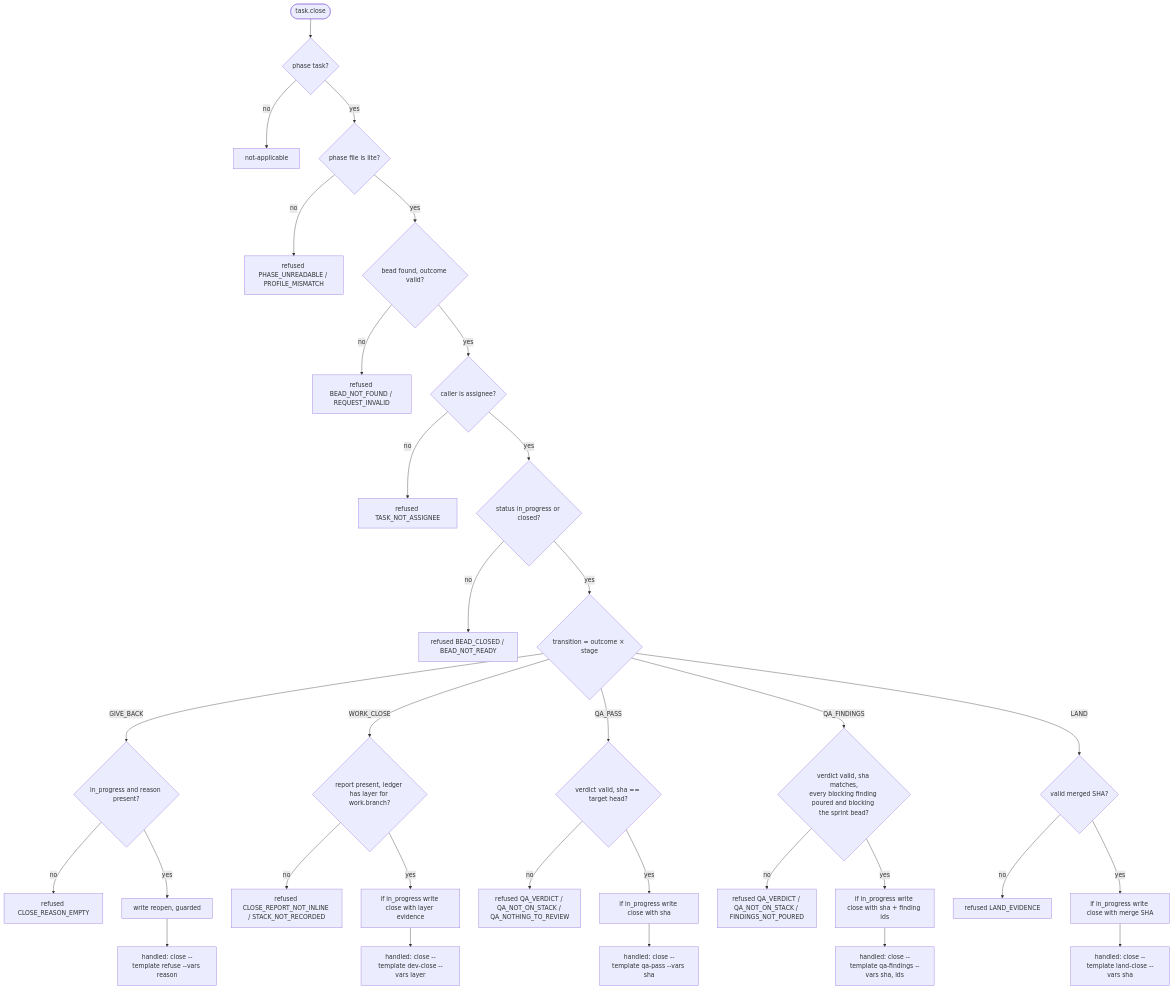
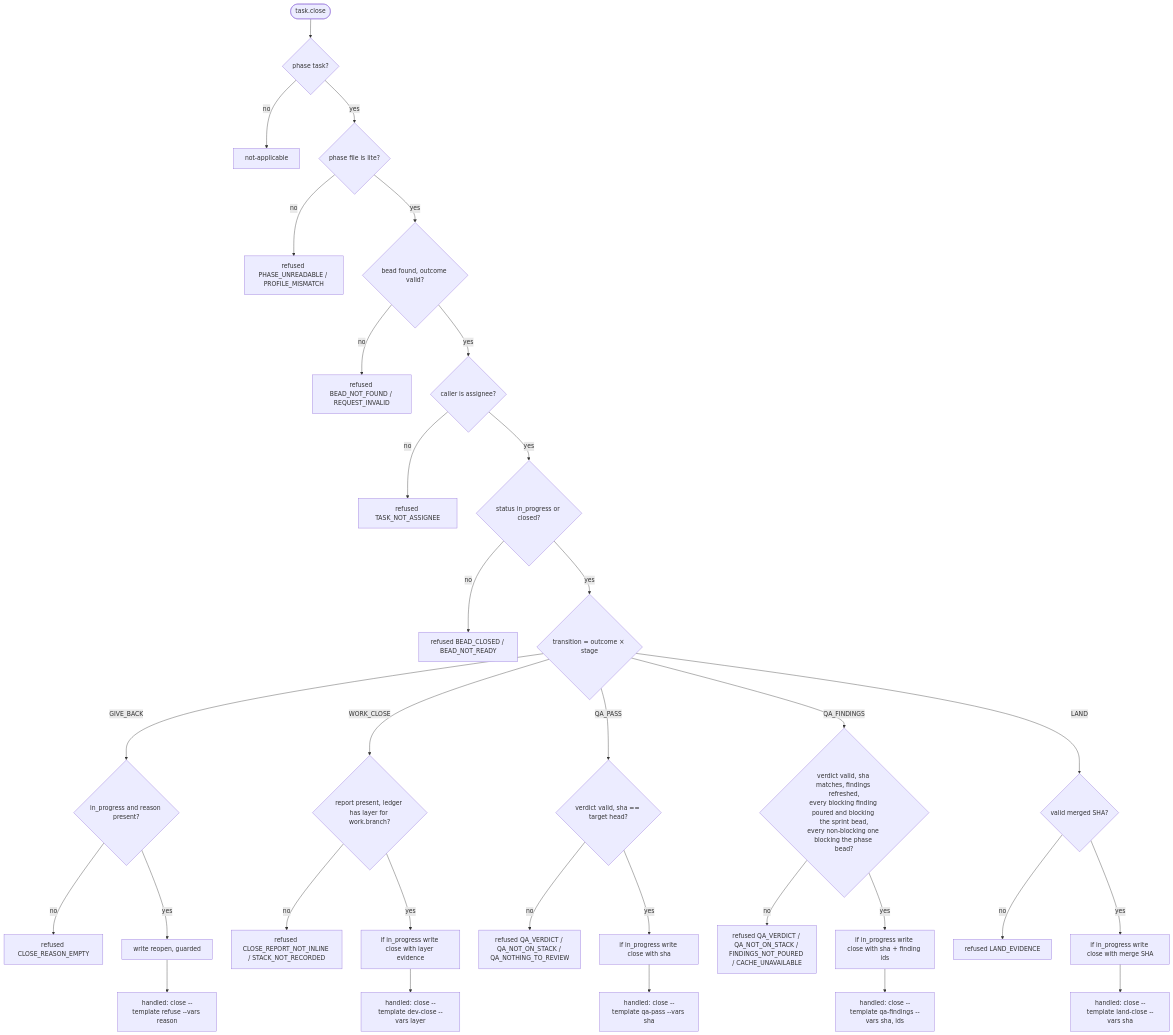
One commit to randlee/atm-bd-orchestration changed the diagram in plugins/atm-bd-orchestration/skills/atm-bd-lite/hooks/task-close.md. Above: the diagram before and after it, drawn with Mermaid. The commit also changed other lines of this file and 1 other file, not shown here.

Commit message:
ci: pin ATM_TEAM in the dedup tick test; spec the batched finding refresh
test_report_deduplication_uses_same_ledger_when_filename_changes sent a
report to a bare agent name and read ATM_TEAM from the developer's shell;
CI has none, so package-tests failed every run. Set it with monkeypatch,
as the two other sending tests do.

The task-close hook refreshes the finding, sprint and phase beads once
before reading them (77ca33c12), but task-close.md did not say so, so
the hook gate's implemented check for T-CLOSE-04 failed. The spec now
names the refresh in Reads, the Facts table, V2 and R7 (CACHE_UNAVAILABLE).

````diff
--- a/plugins/atm-bd-orchestration/skills/atm-bd-lite/hooks/task-close.md
+++ b/plugins/atm-bd-orchestration/skills/atm-bd-lite/hooks/task-close.md
@@ -7,29 +7,29 @@
 ```mermaid
 flowchart TD
     A([task.close]) --> P{phase task?}
     P -- no --> NA[not-applicable]
     P -- yes --> L{phase file is lite?}
     L -- no --> R0[refused PHASE_UNREADABLE / PROFILE_MISMATCH]
     L -- yes --> G{bead found, outcome valid?}
     G -- no --> R1[refused BEAD_NOT_FOUND / REQUEST_INVALID]
     G -- yes --> O{caller is assignee?}
     O -- no --> R2[refused TASK_NOT_ASSIGNEE]
     O -- yes --> S{status in_progress or closed?}
     S -- no --> R3[refused BEAD_CLOSED / BEAD_NOT_READY]
     S -- yes --> T{transition = outcome × stage}
     T -- GIVE_BACK --> RS{in_progress and reason present?}
     RS -- no --> R4[refused CLOSE_REASON_EMPTY]
     RS -- yes --> W1[write reopen, guarded] --> H1[handled: close --template refuse --vars reason]
     T -- WORK_CLOSE --> RP{report present, ledger has layer for work.branch?}
     RP -- no --> R5[refused CLOSE_REPORT_NOT_INLINE / STACK_NOT_RECORDED]
     RP -- yes --> W2[if in_progress write close with layer evidence] --> H2[handled: close --template dev-close --vars layer]
     T -- QA_PASS --> V1{verdict valid, sha == target head?}
     V1 -- no --> R6[refused QA_VERDICT / QA_NOT_ON_STACK / QA_NOTHING_TO_REVIEW]
     V1 -- yes --> W3[if in_progress write close with sha] --> H3[handled: close --template qa-pass --vars sha]
-    T -- QA_FINDINGS --> V2{verdict valid, sha matches,<br/>every blocking finding poured and blocking the sprint bead?}
-    V2 -- no --> R7[refused QA_VERDICT / QA_NOT_ON_STACK / FINDINGS_NOT_POURED]
+    T -- QA_FINDINGS --> V2{verdict valid, sha matches, findings refreshed,<br/>every blocking finding poured and blocking the sprint bead,<br/>every non-blocking one blocking the phase bead?}
+    V2 -- no --> R7[refused QA_VERDICT / QA_NOT_ON_STACK / FINDINGS_NOT_POURED / CACHE_UNAVAILABLE]
     V2 -- yes --> W4[if in_progress write close with sha + finding ids] --> H4[handled: close --template qa-findings --vars sha, ids]
     T -- LAND --> V3{valid merged SHA?}
     V3 -- no --> R8[refused LAND_EVIDENCE]
     V3 -- yes --> W5[if in_progress write close with merge SHA] --> H5[handled: close --template land-close --vars sha]
 ```
````
